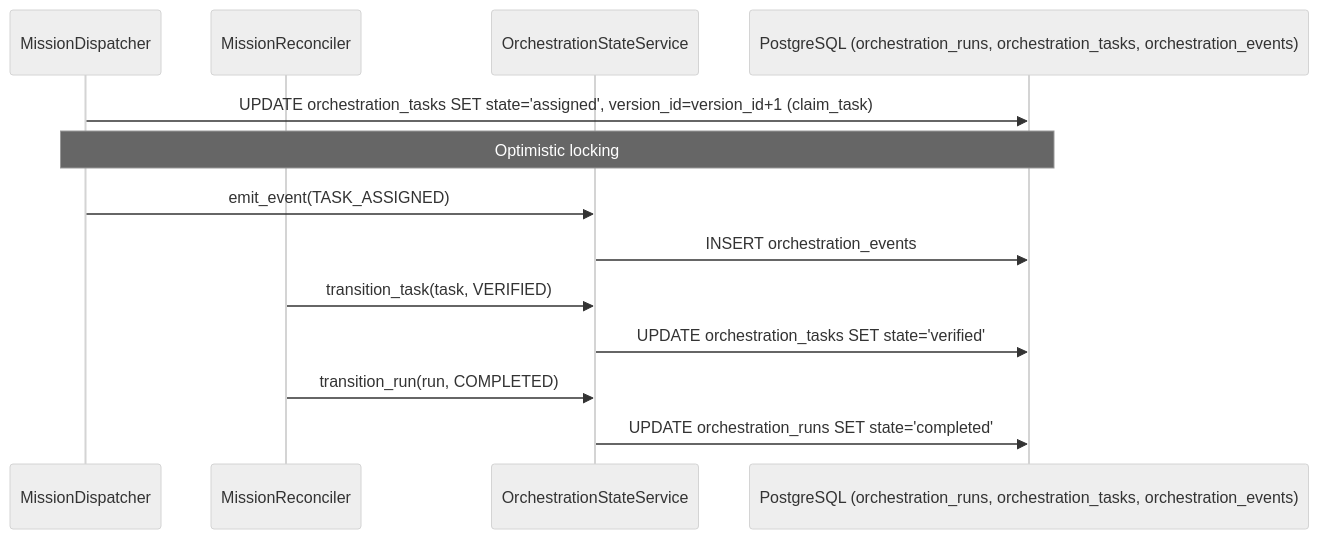
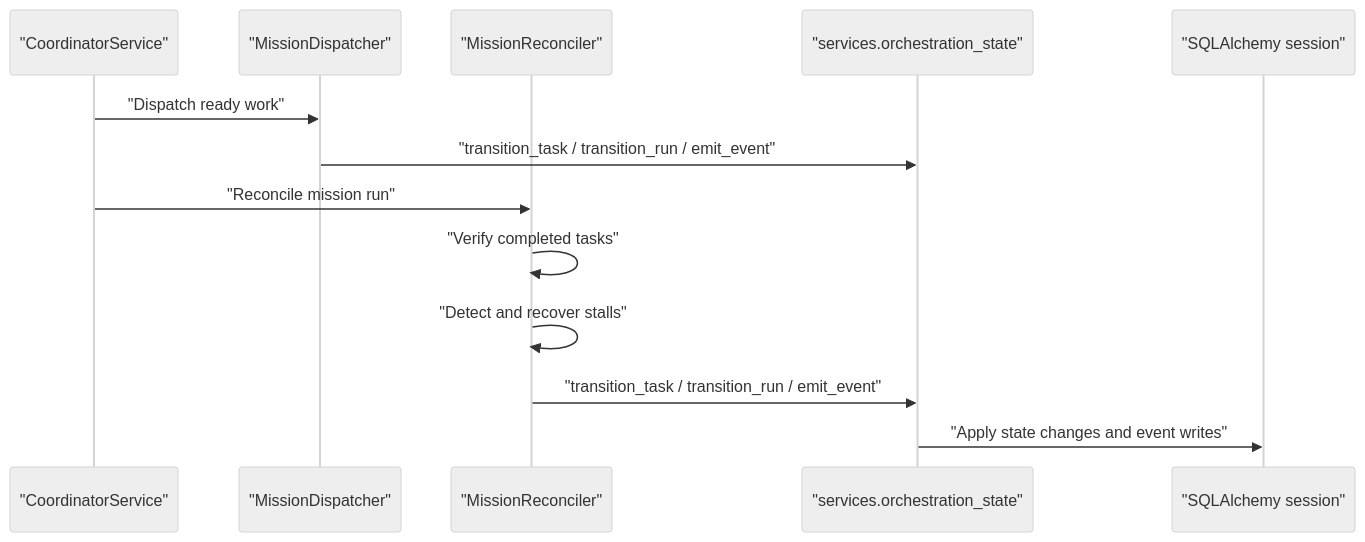
The second of 5 diagrams in docs/missions-multi-agent-coordination/mission-data-model.md (AutomatosAI/automatos-ai), drawn with Mermaid (neutral theme) before and after one commit. The commit also changed other lines of this file and 188 other files, not shown here.

First line of the commit message:
docs: refresh architecture docs and add coverage for new subsystems (#1416)

````diff
--- a/docs/missions-multi-agent-coordination/mission-data-model.md
+++ b/docs/missions-multi-agent-coordination/mission-data-model.md
@@ -169,16 +183,16 @@
 ```mermaid
 sequenceDiagram
-    participant D as MissionDispatcher
-    participant R as MissionReconciler
-    participant S as OrchestrationStateService
-    participant DB as PostgreSQL (orchestration_runs, orchestration_tasks, orchestration_events)
+    participant Coordinator as "CoordinatorService"
+    participant Dispatcher as "MissionDispatcher"
+    participant Reconciler as "MissionReconciler"
+    participant State as "services.orchestration_state"
+    participant DB as "SQLAlchemy session"
 
-    D->>DB: UPDATE orchestration_tasks SET state='assigned', version_id=version_id+1 (claim_task)
-    Note over D,DB: Optimistic locking
-    D->>S: emit_event(TASK_ASSIGNED)
-    S->>DB: INSERT orchestration_events
-    R->>S: transition_task(task, VERIFIED)
-    S->>DB: UPDATE orchestration_tasks SET state='verified'
-    R->>S: transition_run(run, COMPLETED)
-    S->>DB: UPDATE orchestration_runs SET state='completed'
+    Coordinator->>Dispatcher: "Dispatch ready work"
+    Dispatcher->>State: "transition_task / transition_run / emit_event"
+    Coordinator->>Reconciler: "Reconcile mission run"
+    Reconciler->>Reconciler: "Verify completed tasks"
+    Reconciler->>Reconciler: "Detect and recover stalls"
+    Reconciler->>State: "transition_task / transition_run / emit_event"
+    State->>DB: "Apply state changes and event writes"
 ```
````
